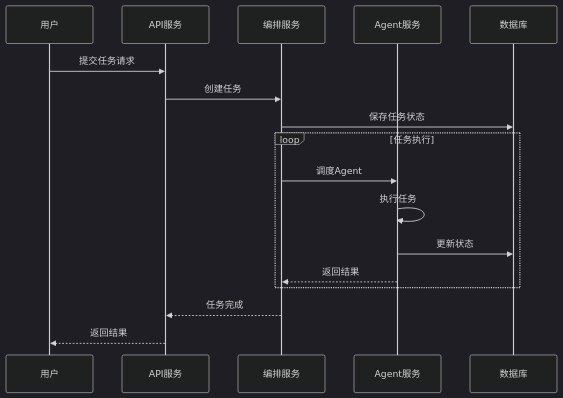
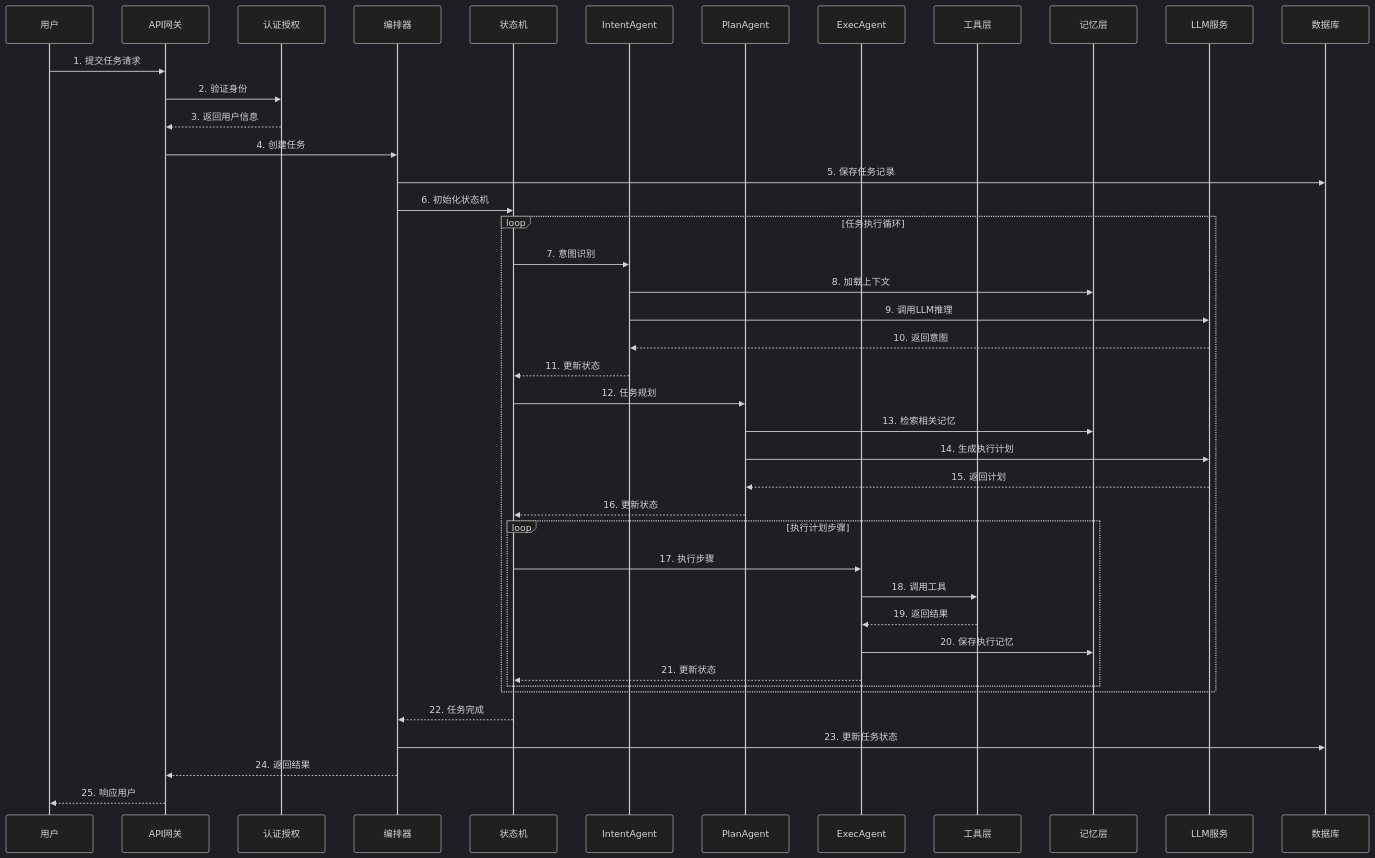
One commit to Aiting-for-you/OpsPilot changed the second of 2 diagrams in OpsPilot/docs/architecture/01_overall.md. Above: the diagram before and after it, drawn with Mermaid (dark theme). The commit also changed other lines of this file and 7 other files, not shown here.

Commit message:
refactor: 大幅扩展架构图组件，反映真实系统复杂度

````diff
--- a/OpsPilot/docs/architecture/01_overall.md
+++ b/OpsPilot/docs/architecture/01_overall.md
@@ -74,22 +190,49 @@
 ```mermaid
 sequenceDiagram
     participant U as 用户
-    participant API as API服务
-    participant ORCH as 编排服务
-    participant AGENT as Agent服务
+    participant API as API网关
+    participant AUTH as 认证授权
+    participant ORCH as 编排器
+    participant STATE as 状态机
+    participant INTENT as IntentAgent
+    participant PLAN as PlanAgent
+    participant EXEC as ExecAgent
+    participant TOOL as 工具层
+    participant MEMORY as 记忆层
+    participant LLM as LLM服务
     participant DB as 数据库
 
-    U->>API: 提交任务请求
-    API->>ORCH: 创建任务
-    ORCH->>DB: 保存任务状态
-    
-    loop 任务执行
-        ORCH->>AGENT: 调度Agent
-        AGENT->>AGENT: 执行任务
-        AGENT->>DB: 更新状态
-        AGENT-->>ORCH: 返回结果
+    U->>API: 1. 提交任务请求
+    API->>AUTH: 2. 验证身份
+    AUTH-->>API: 3. 返回用户信息
+    API->>ORCH: 4. 创建任务
+    ORCH->>DB: 5. 保存任务记录
+    ORCH->>STATE: 6. 初始化状态机
+
+    loop 任务执行循环
+        STATE->>INTENT: 7. 意图识别
+        INTENT->>MEMORY: 8. 加载上下文
+        INTENT->>LLM: 9. 调用LLM推理
+        LLM-->>INTENT: 10. 返回意图
+        INTENT-->>STATE: 11. 更新状态
+
+        STATE->>PLAN: 12. 任务规划
+        PLAN->>MEMORY: 13. 检索相关记忆
+        PLAN->>LLM: 14. 生成执行计划
+        LLM-->>PLAN: 15. 返回计划
+        PLAN-->>STATE: 16. 更新状态
+
+        loop 执行计划步骤
+            STATE->>EXEC: 17. 执行步骤
+            EXEC->>TOOL: 18. 调用工具
+            TOOL-->>EXEC: 19. 返回结果
+            EXEC->>MEMORY: 20. 保存执行记忆
+            EXEC-->>STATE: 21. 更新状态
+        end
     end
-    
-    ORCH-->>API: 任务完成
-    API-->>U: 返回结果
+
+    STATE-->>ORCH: 22. 任务完成
+    ORCH->>DB: 23. 更新任务状态
+    ORCH-->>API: 24. 返回结果
+    API-->>U: 25. 响应用户
 ```
````
